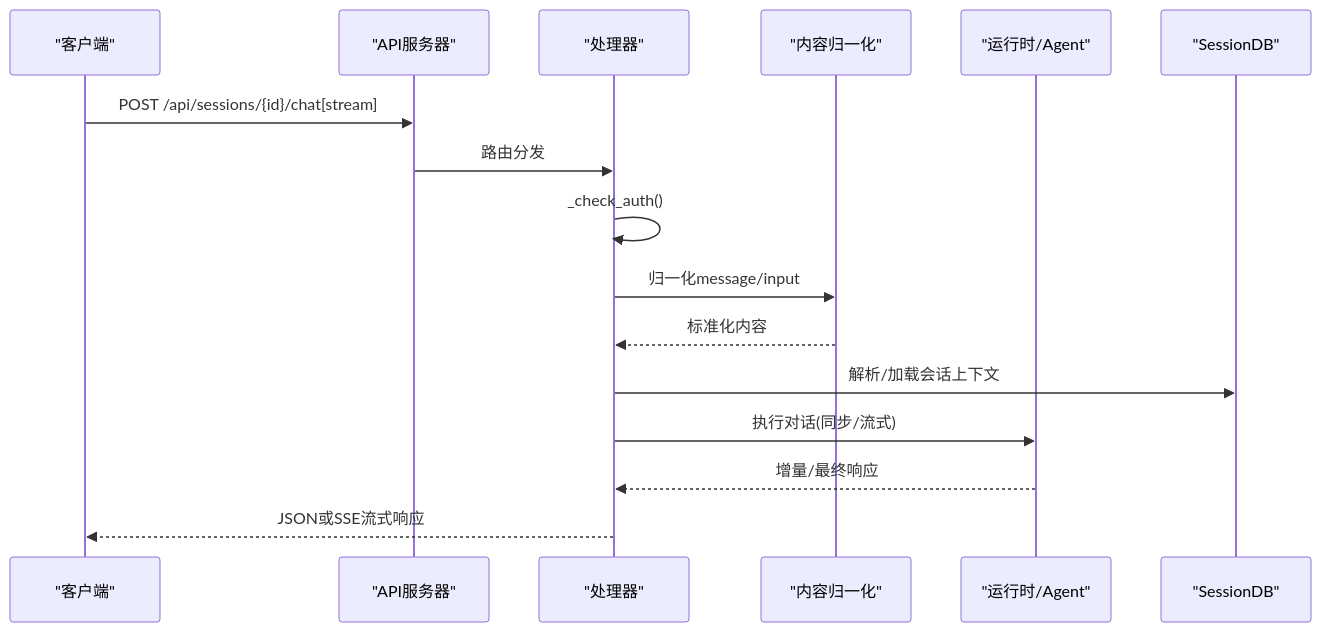
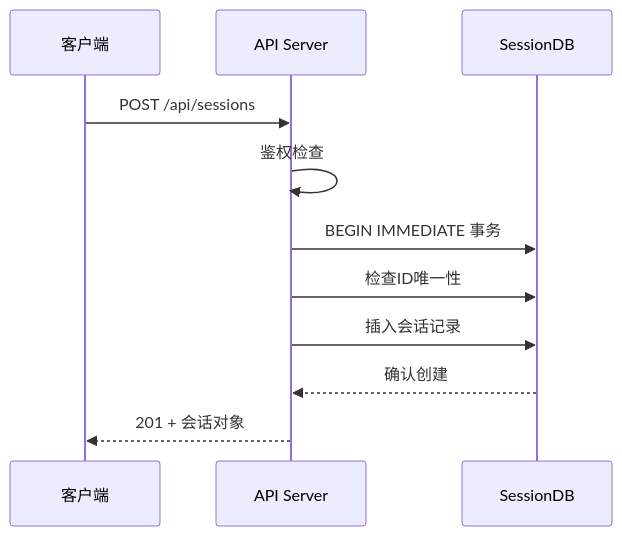
Before and after one commit to YueDJ/SpaikiiDesktop: the second of 2 diagrams in .qoder/repowiki/zh/content/API参考/RESTful API/会话管理API.md, drawn with Mermaid. The commit also changed other lines of this file and 249 other files, not shown here.

````diff
--- a/.qoder/repowiki/zh/content/API参考/RESTful API/会话管理API.md
+++ b/.qoder/repowiki/zh/content/API参考/RESTful API/会话管理API.md
@@ -177,18 +53,13 @@
 ```mermaid
 sequenceDiagram
-participant C as "客户端"
-participant S as "API服务器"
-participant P as "处理器"
-participant N as "内容归一化"
-participant R as "运行时/Agent"
-participant D as "SessionDB"
-C->>S : POST /api/sessions/{id}/chat[stream]
-S->>P : 路由分发
-P->>P : _check_auth()
-P->>N : 归一化message/input
-N-->>P : 标准化内容
-P->>D : 解析/加载会话上下文
-P->>R : 执行对话(同步/流式)
-R-->>P : 增量/最终响应
-P-->>C : JSON或SSE流式响应
+    participant C as 客户端
+    participant A as API Server
+    participant D as SessionDB
+    C->>A: POST /api/sessions
+    A->>A: 鉴权检查
+    A->>D: BEGIN IMMEDIATE 事务
+    A->>D: 检查ID唯一性
+    A->>D: 插入会话记录
+    D-->>A: 确认创建
+    A-->>C: 201 + 会话对象
 ```
````
